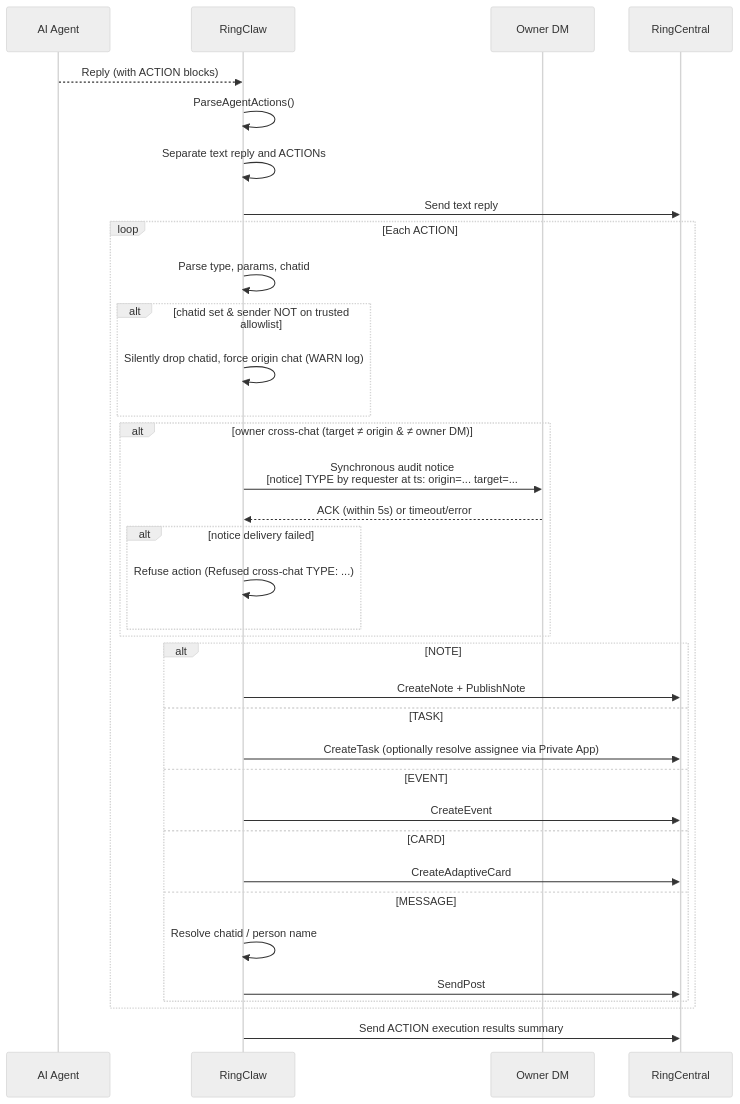
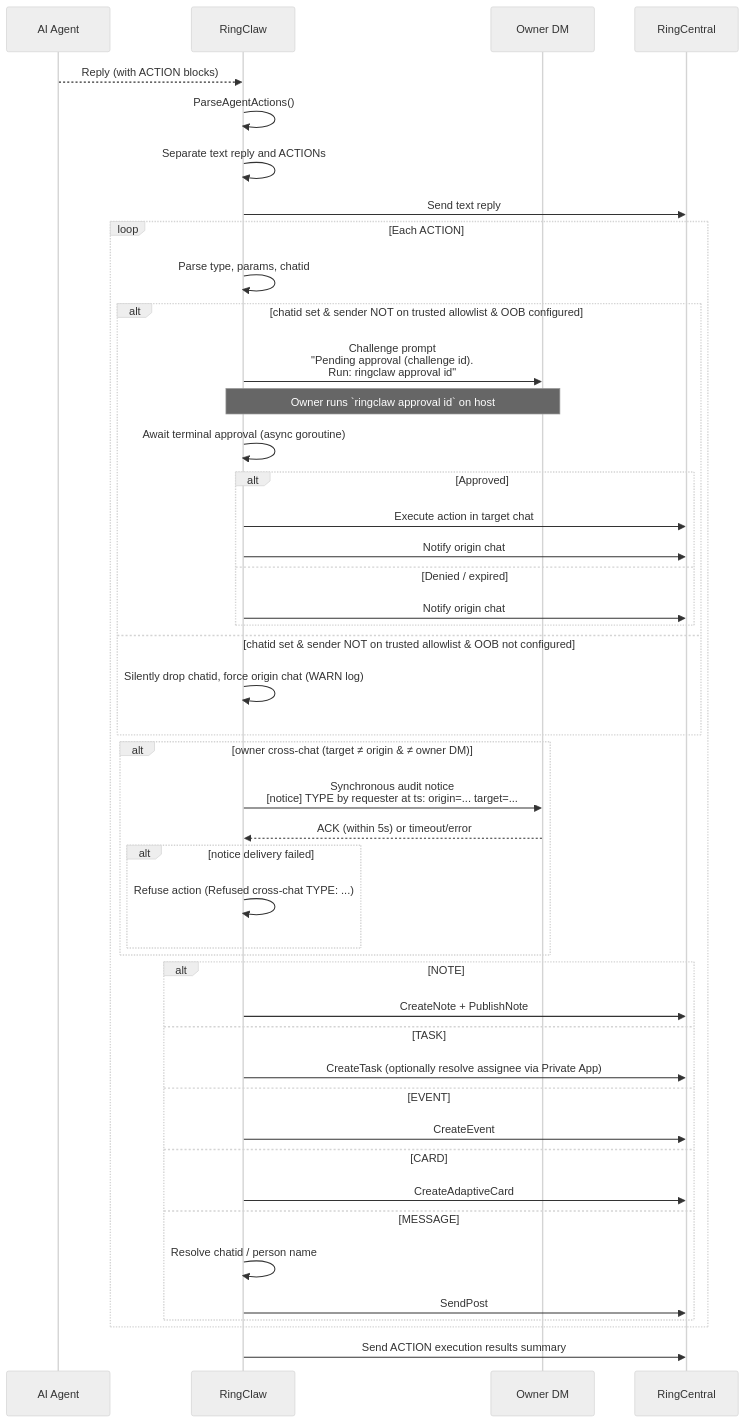
The diagram in docs/features/actions.md (ringclaw/ringclaw), drawn with Mermaid (neutral theme) before and after one commit. The commit also changed other lines of this file and 3 other files, not shown here.

Commit message:
docs: update security matrix and actions flow for terminal-only OOB approval

````diff
--- a/docs/features/actions.md
+++ b/docs/features/actions.md
@@ -13,38 +13,48 @@
 ```mermaid
 sequenceDiagram
     participant AI as AI Agent
     participant R as RingClaw
     participant O as Owner DM
     participant RC as RingCentral
 
     AI-->>R: Reply (with ACTION blocks)
     R->>R: ParseAgentActions()
     R->>R: Separate text reply and ACTIONs
     R->>RC: Send text reply
     loop Each ACTION
         R->>R: Parse type, params, chatid
-        alt chatid set & sender NOT on trusted allowlist
+        alt chatid set & sender NOT on trusted allowlist & OOB configured
+            R->>O: Challenge prompt<br/>"Pending approval (challenge id).<br/>Run: ringclaw approval id"
+            Note over O,R: Owner runs `ringclaw approval id` on host
+            R->>R: Await terminal approval (async goroutine)
+            alt Approved
+                R->>RC: Execute action in target chat
+                R->>RC: Notify origin chat
+            else Denied / expired
+                R->>RC: Notify origin chat
+            end
+        else chatid set & sender NOT on trusted allowlist & OOB not configured
             R->>R: Silently drop chatid, force origin chat (WARN log)
         end
         alt owner cross-chat (target ≠ origin & ≠ owner DM)
             R->>O: Synchronous audit notice<br/>[notice] TYPE by requester at ts: origin=... target=...
             O-->>R: ACK (within 5s) or timeout/error
             alt notice delivery failed
                 R->>R: Refuse action (Refused cross-chat TYPE: ...)
             end
         end
         alt NOTE
             R->>RC: CreateNote + PublishNote
         else TASK
             R->>RC: CreateTask (optionally resolve assignee via Private App)
         else EVENT
             R->>RC: CreateEvent
         else CARD
             R->>RC: CreateAdaptiveCard
         else MESSAGE
             R->>R: Resolve chatid / person name
             R->>RC: SendPost
         end
     end
     R->>RC: Send ACTION execution results summary
 ```
````
